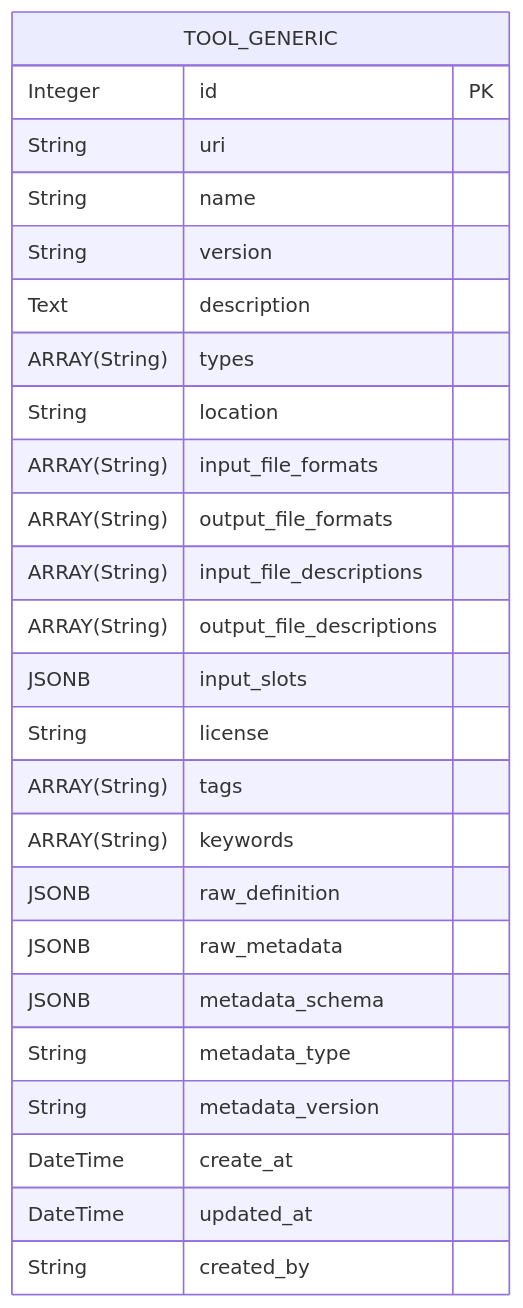
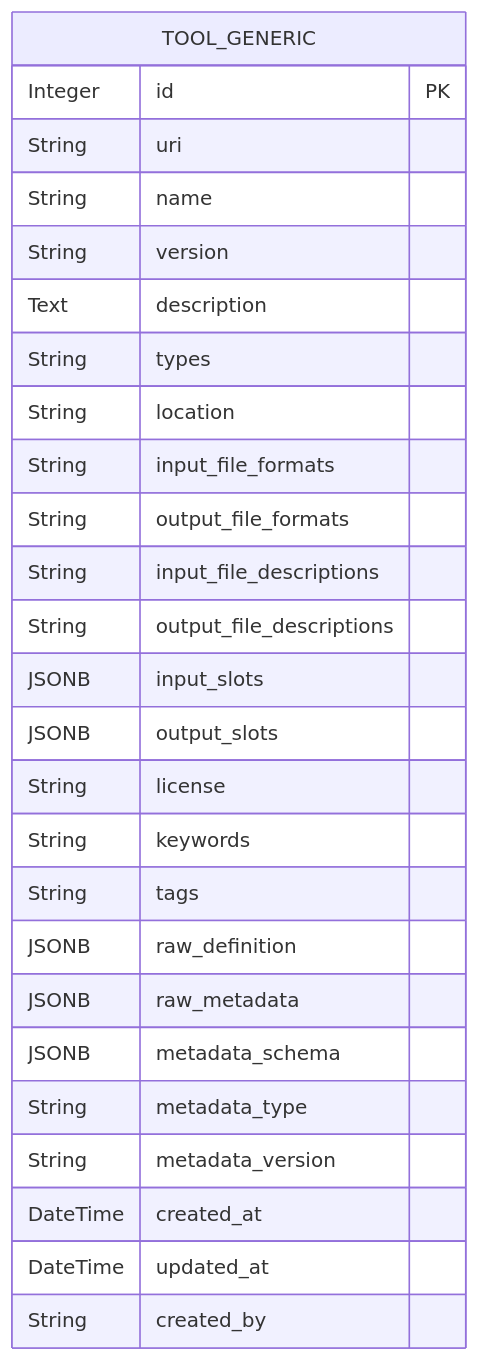
One commit to EOSC-Data-Commons/toolmeta-models changed the diagram in README.md. Above: the diagram before and after it, drawn with Mermaid. The commit also changed other lines of this file and 1 other file, not shown here.

````diff
--- a/README.md
+++ b/README.md
@@ -7,28 +9,29 @@
 ```mermaid
 erDiagram
   TOOL_GENERIC {
     Integer id PK
     String uri
     String name
     String version
     Text description
-    ARRAY(String) types
+    String types
     String location
-    ARRAY(String) input_file_formats
-    ARRAY(String) output_file_formats
-    ARRAY(String) input_file_descriptions
-    ARRAY(String) output_file_descriptions
+    String input_file_formats
+    String output_file_formats
+    String input_file_descriptions
+    String output_file_descriptions
     JSONB input_slots
+    JSONB output_slots
     String license
-    ARRAY(String) tags
-    ARRAY(String) keywords
+    String keywords
+    String tags
     JSONB raw_definition
     JSONB raw_metadata
     JSONB metadata_schema
     String metadata_type
     String metadata_version
-    DateTime create_at
+    DateTime created_at
     DateTime updated_at
     String created_by
   }
 ```
````
